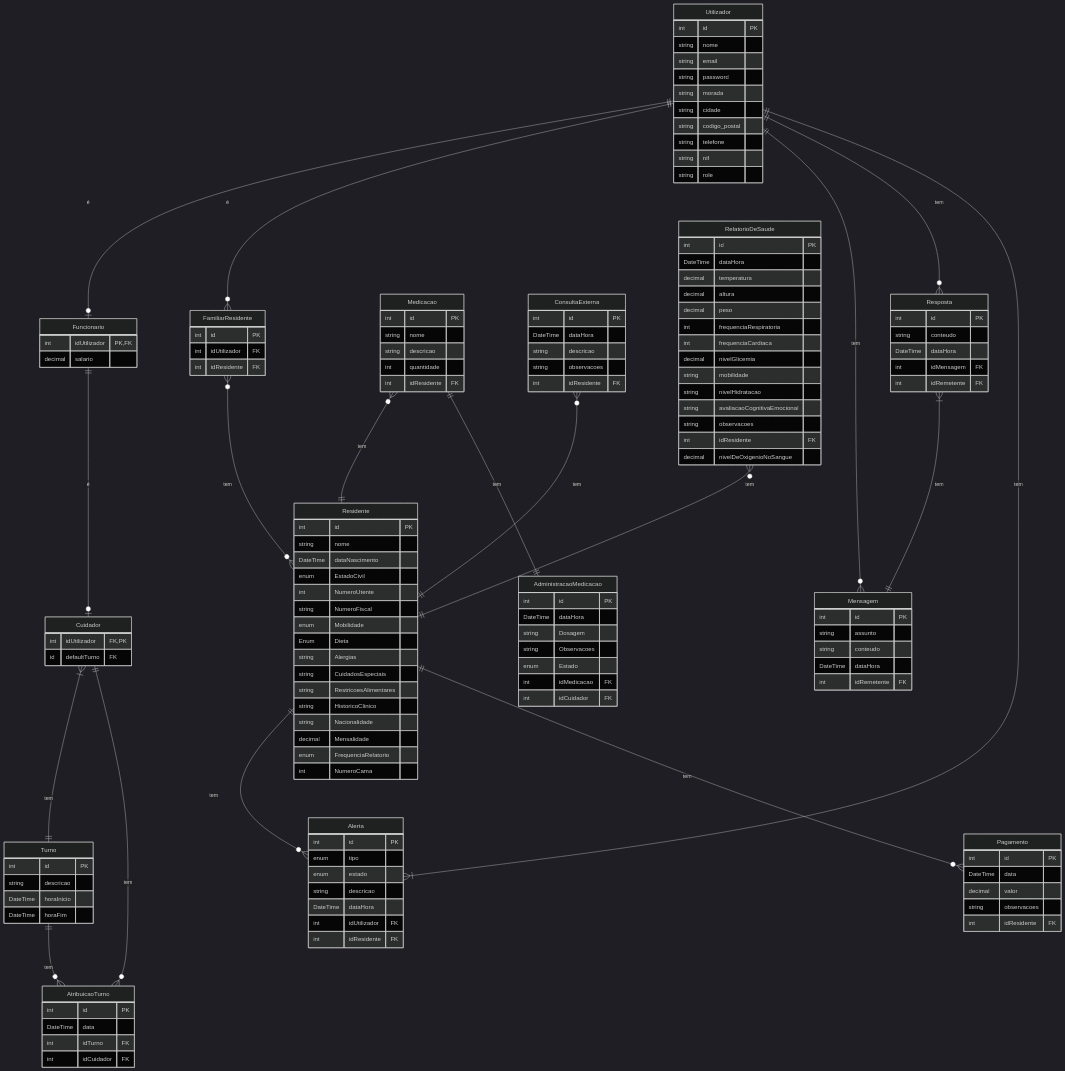
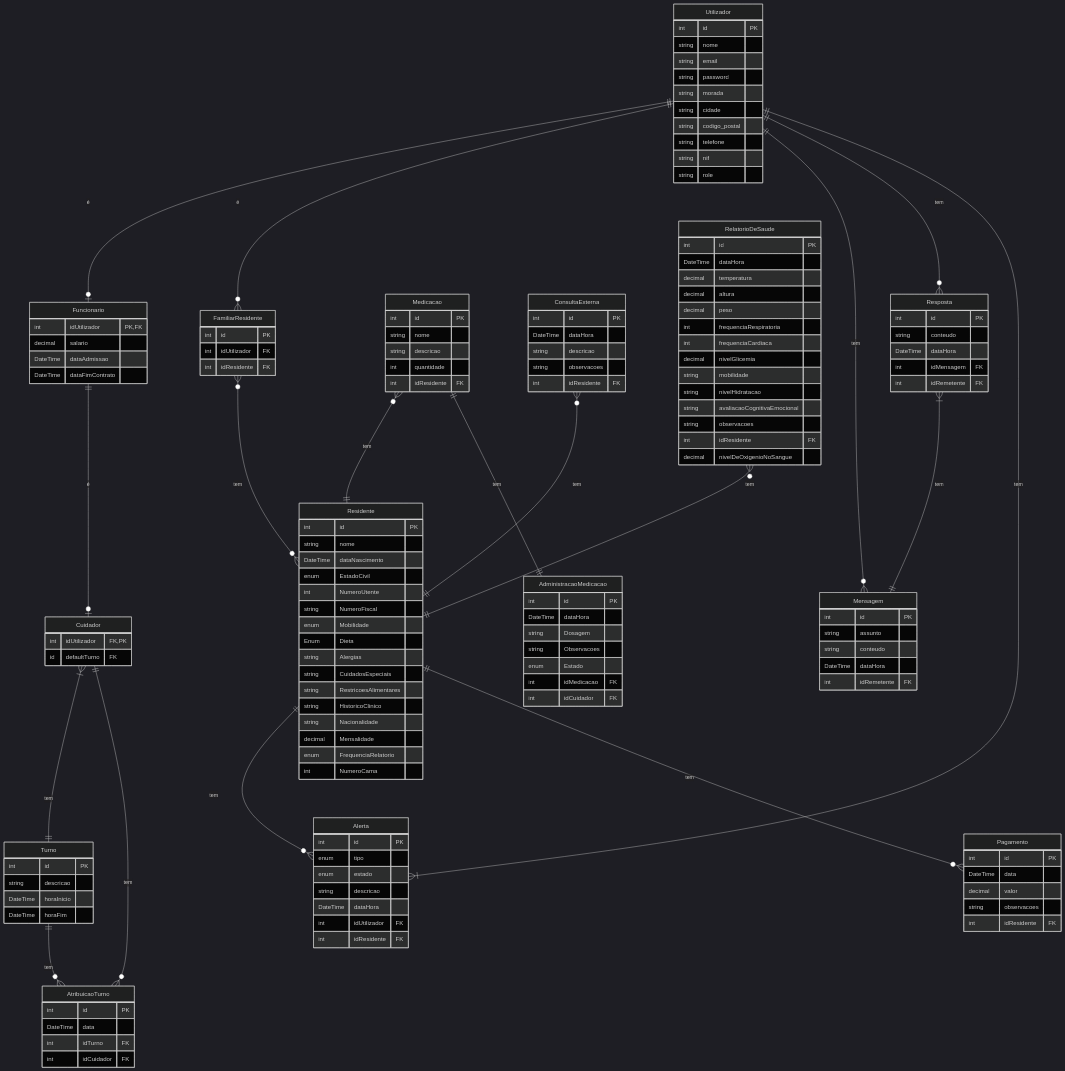
One commit to Pedro-RD/final-docs changed the diagram in ModeloDados.md. Above: the diagram before and after it, drawn with Mermaid (dark theme). The commit also changed 2 other files, not shown here.

Commit message:
Fix Funcionario

```diff
--- a/ModeloDados.md
+++ b/ModeloDados.md
@@ -20,6 +20,8 @@
     Funcionario {
         int idUtilizador PK, FK
         decimal salario
+        DateTime dataAdmissao
+        DateTime dataFimContrato
     }
 
     Funcionario ||--|O Cuidador: "é"
```
